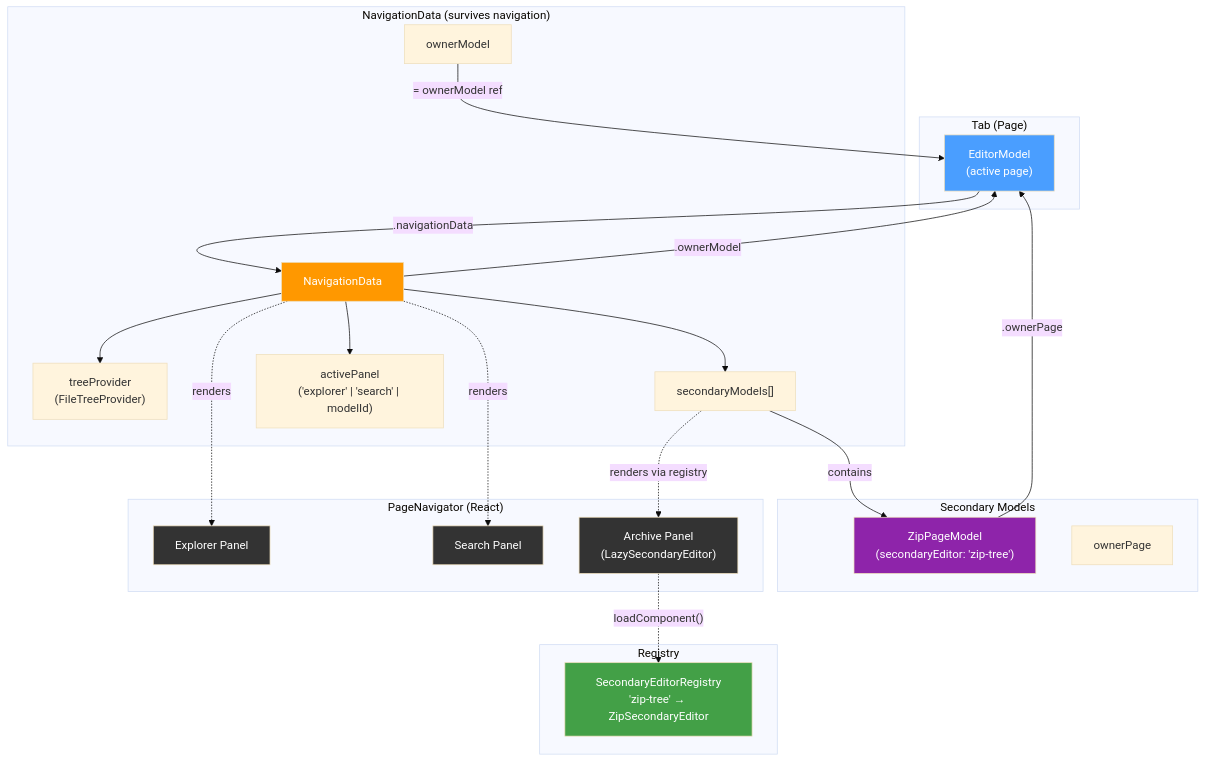
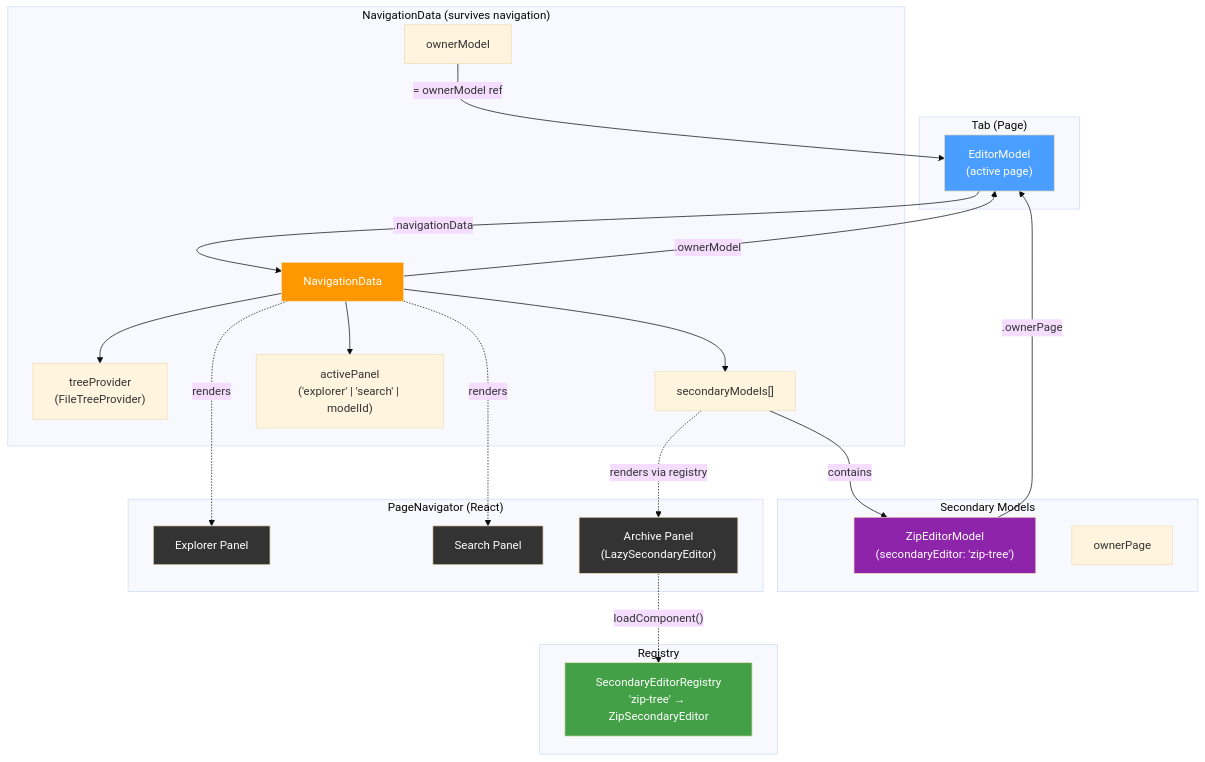
Before and after one commit to andriy-viyatyk/persephone: the diagram in doc/architecture/diagrams/Secondary Editor Architecture.mmd, drawn with Mermaid (base theme). The commit also changed 72 other files, not shown here.

```diff
--- a/doc/architecture/diagrams/Secondary Editor Architecture.mmd
+++ b/doc/architecture/diagrams/Secondary Editor Architecture.mmd
@@ -1,49 +1,49 @@
 graph TD
     subgraph "Tab (Page)"
         PM["EditorModel\n(active page)"]
     end
 
     subgraph "NavigationData (survives navigation)"
         ND["NavigationData"]
         TP["treeProvider\n(FileTreeProvider)"]
         SM["secondaryModels[]"]
         AP["activePanel\n('explorer' | 'search' | modelId)"]
         OW["ownerModel"]
     end
 
     subgraph "Secondary Models"
-        ZM["ZipPageModel\n(secondaryEditor: 'zip-tree')"]
+        ZM["ZipEditorModel\n(secondaryEditor: 'zip-tree')"]
         OP["ownerPage"]
     end
 
     subgraph "PageNavigator (React)"
         EP["Explorer Panel"]
         SP["Search Panel"]
         SEC["Archive Panel\n(LazySecondaryEditor)"]
     end
 
     subgraph "Registry"
         SER["SecondaryEditorRegistry\n'zip-tree' → ZipSecondaryEditor"]
     end
 
     PM -->|".navigationData"| ND
     ND -->|".ownerModel"| PM
     ND --> TP
     ND --> SM
     ND --> AP
     SM -->|"contains"| ZM
     ZM -->|".ownerPage"| PM
     OW -->|"= ownerModel ref"| PM
 
     ND -.->|"renders"| EP
     ND -.->|"renders"| SP
     SM -.->|"renders via registry"| SEC
     SEC -.->|"loadComponent()"| SER
 
     style PM fill:#4a9eff,color:#fff
     style ND fill:#ff9800,color:#fff
     style ZM fill:#8e24aa,color:#fff
     style SER fill:#43a047,color:#fff
     style EP fill:#333,color:#fff
     style SP fill:#333,color:#fff
     style SEC fill:#333,color:#fff
```
